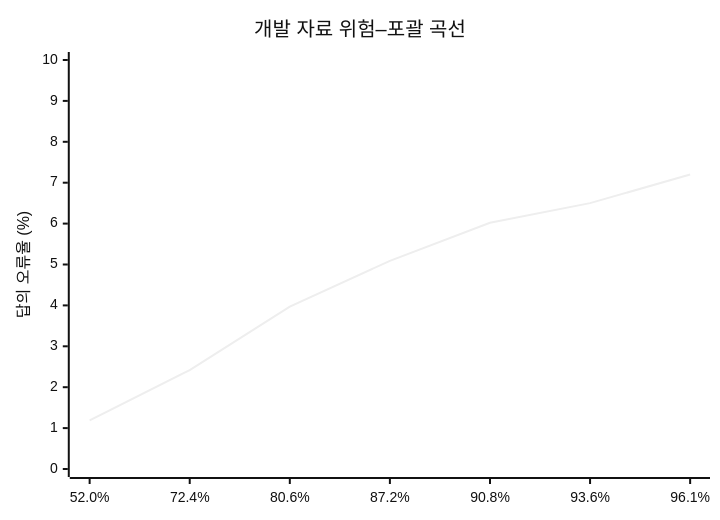
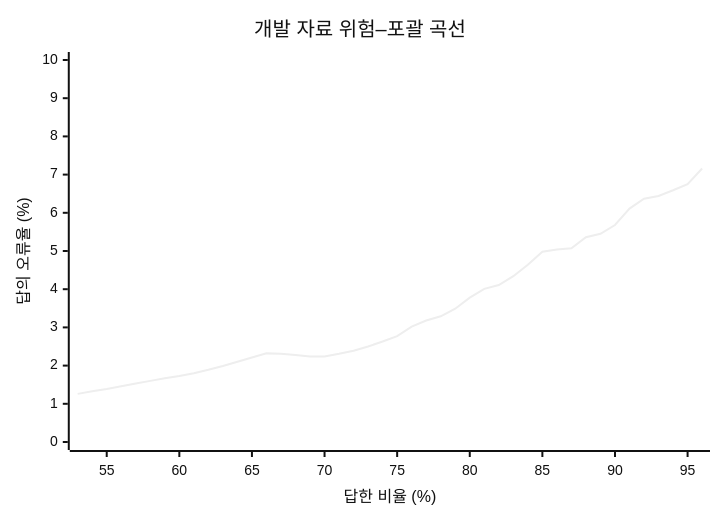
The second of 2 diagrams in docs/criteria_check.md (kds020902/depp-env22), drawn with Mermaid (neutral theme) before and after one commit. The commit also changed other lines of this file and 1 other file, not shown here.

````diff
--- a/docs/criteria_check.md
+++ b/docs/criteria_check.md
@@ -345,7 +345,7 @@
 ```mermaid
 xychart-beta
     title "개발 자료 위험–포괄 곡선"
-    x-axis ["52.0%", "72.4%", "80.6%", "87.2%", "90.8%", "93.6%", "96.1%"]
+    x-axis "답한 비율 (%)" 53 --> 96
     y-axis "답의 오류율 (%)" 0 --> 10
-    line [1.19, 2.42, 3.97, 5.09, 6.02, 6.50, 7.20]
+    line [1.26, 1.33, 1.39, 1.46, 1.53, 1.60, 1.67, 1.73, 1.80, 1.89, 1.99, 2.10, 2.21, 2.32, 2.31, 2.28, 2.24, 2.24, 2.31, 2.39, 2.50, 2.63, 2.77, 3.02, 3.18, 3.29, 3.49, 3.78, 4.01, 4.11, 4.34, 4.64, 4.98, 5.04, 5.07, 5.36, 5.45, 5.68, 6.11, 6.37, 6.44, 6.59, 6.75, 7.16]
 ```
````
